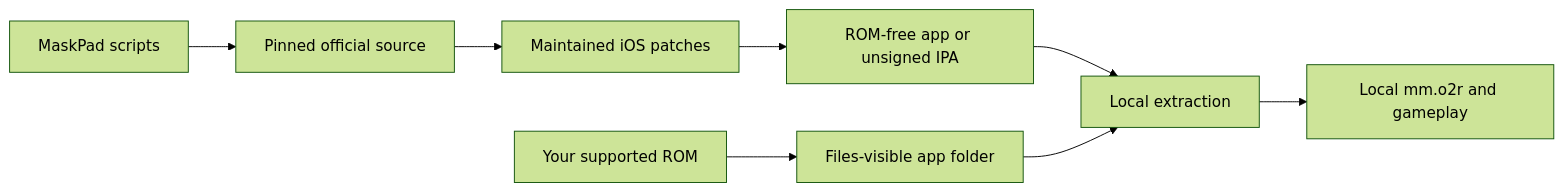
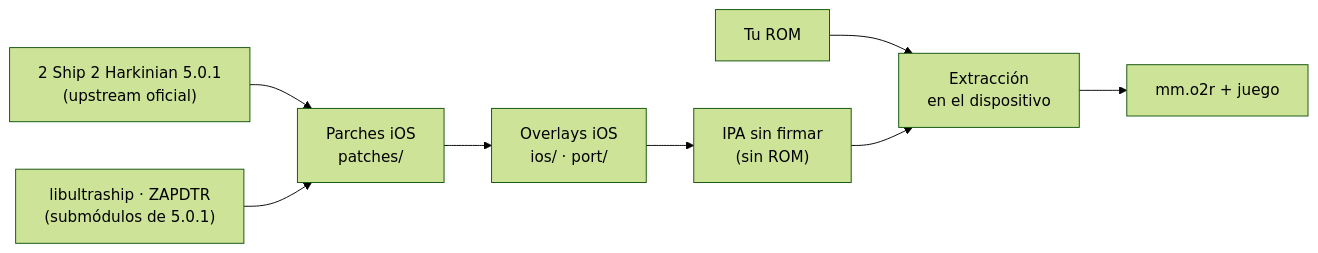
One commit to Mtbolanos/maskpad changed the diagram in README.md. Above: the diagram before and after it, drawn with Mermaid (forest theme). The commit also changed other lines of this file, not shown here.

````diff
--- a/README.md
+++ b/README.md
@@ -261,10 +126,10 @@
 ```mermaid
 flowchart LR
-    A["MaskPad scripts"] --> B["Pinned official source"]
-    B --> C["Maintained iOS patches"]
-    C --> D["ROM-free app or unsigned IPA"]
-    E["Your supported ROM"] --> F["Files-visible app folder"]
-    D --> G["Local extraction"]
-    F --> G
-    G --> H["Local mm.o2r and gameplay"]
+    A["2 Ship 2 Harkinian 5.0.1<br>(upstream oficial)"] --> C["Parches iOS<br>patches/"]
+    B["libultraship · ZAPDTR<br>(submódulos de 5.0.1)"] --> C
+    C --> D["Overlays iOS<br>ios/ · port/"]
+    D --> E["IPA sin firmar<br>(sin ROM)"]
+    F["Tu ROM"] --> G["Extracción<br>en el dispositivo"]
+    E --> G
+    G --> H["mm.o2r + juego"]
 ```
````
